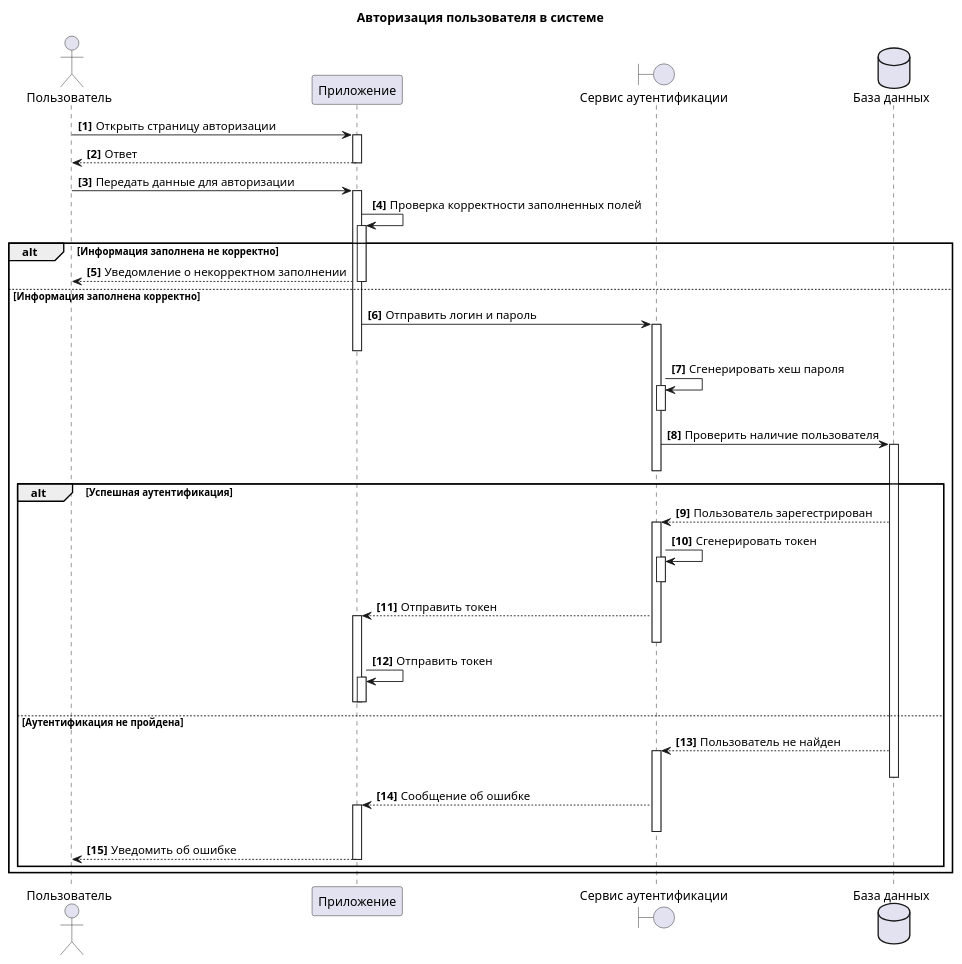
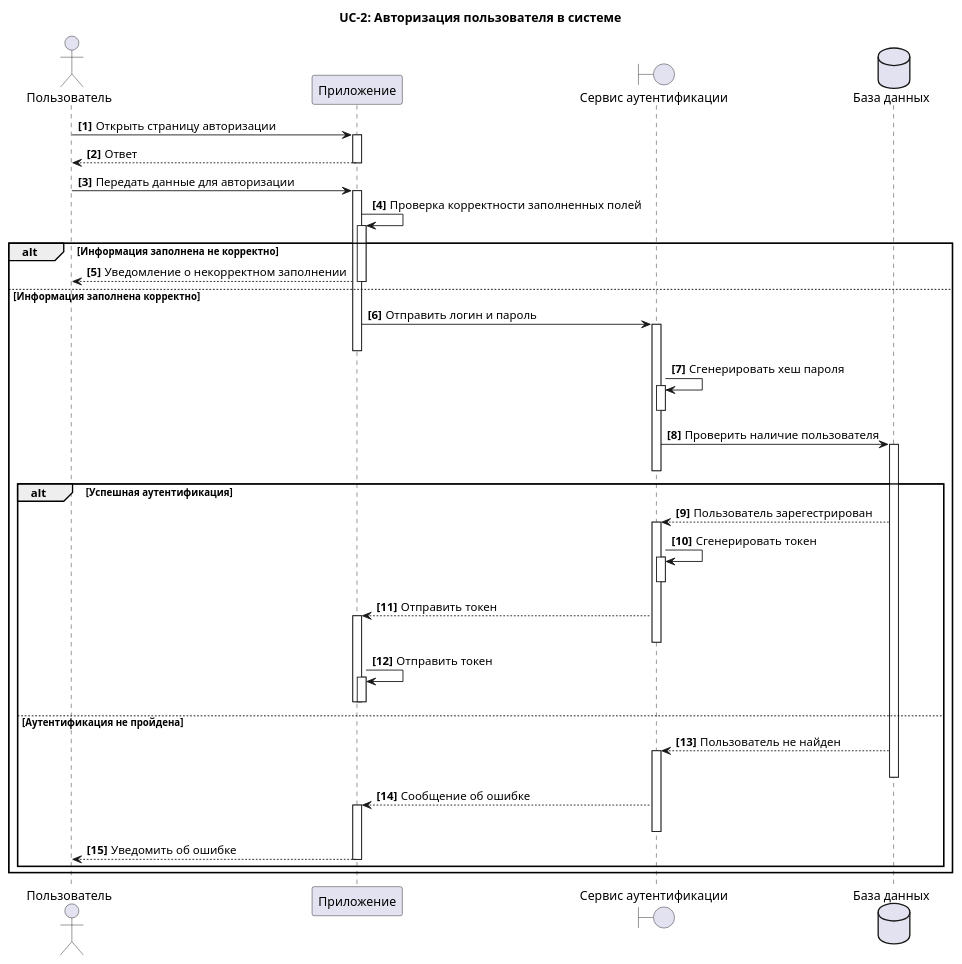
Before and after one commit to Mimitrii/RoboPoint: the diagram in 5_UML/UC_2_Autentification.wsd, drawn with PlantUML. The commit also changed 11 other files, not shown here.

```diff
--- a/5_UML/UC_2_Autentification.wsd
+++ b/5_UML/UC_2_Autentification.wsd
@@ -1,41 +1,41 @@
 @startuml
-title Авторизация пользователя в системе
+title UC-2: Авторизация пользователя в системе
 actor "Пользователь" as U 
 participant  "Приложение" as A 
 boundary "Сервис аутентификации" as S
 dataBase "База данных" as DB 
 autonumber "<b>[0]"  
 
 U->A++: Открыть страницу авторизации
 return Ответ
 U->A++: Передать данные для авторизации
 A->A++: Проверка корректности заполненных полей
 alt Информация заполнена не корректно
 A-->U:Уведомление о некорректном заполнении
 else  Информация заполнена корректно
 A--
 A->S++: Отправить логин и пароль
 A--
 S->S++: Сгенерировать хеш пароля
 S--
 S->DB++: Проверить наличие пользователя
 S--
 alt Успешная аутентификация
 DB-->S++: Пользователь зарегестрирован
 S->S++: Сгенерировать токен
 S--
 S-->A++: Отправить токен
 S--
 A->A++: Отправить токен
 A--
 A--
 else Аутентификация не пройдена
 DB-->S++: Пользователь не найден
 DB--
 S-->A++:Сообщение об ошибке
 S--
 A-->U: Уведомить об ошибке 
 A--
 end
 end
 @enduml
```
